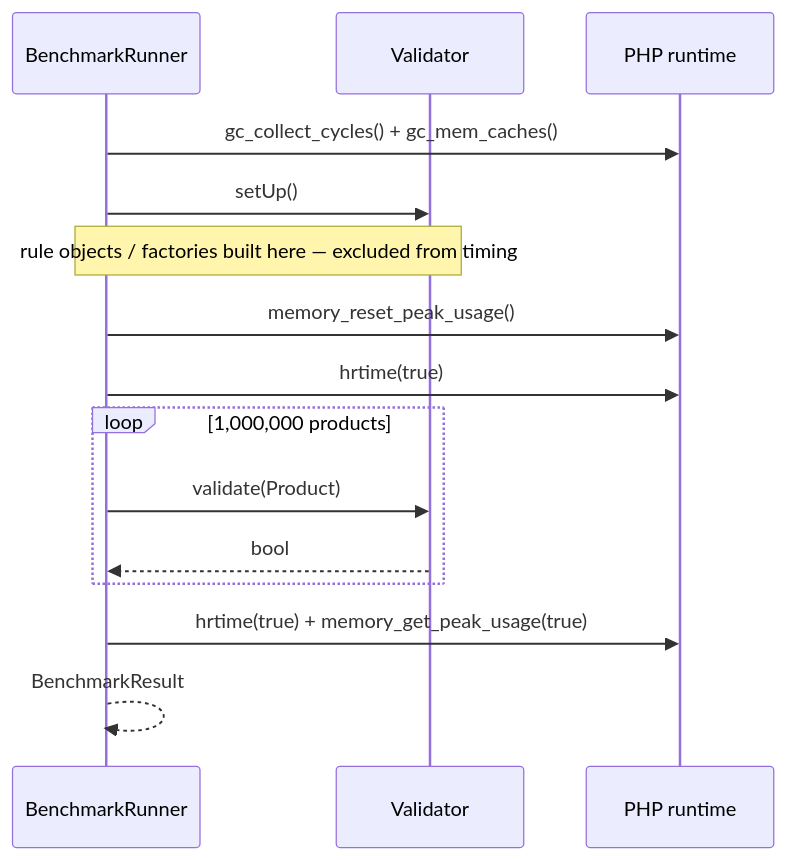
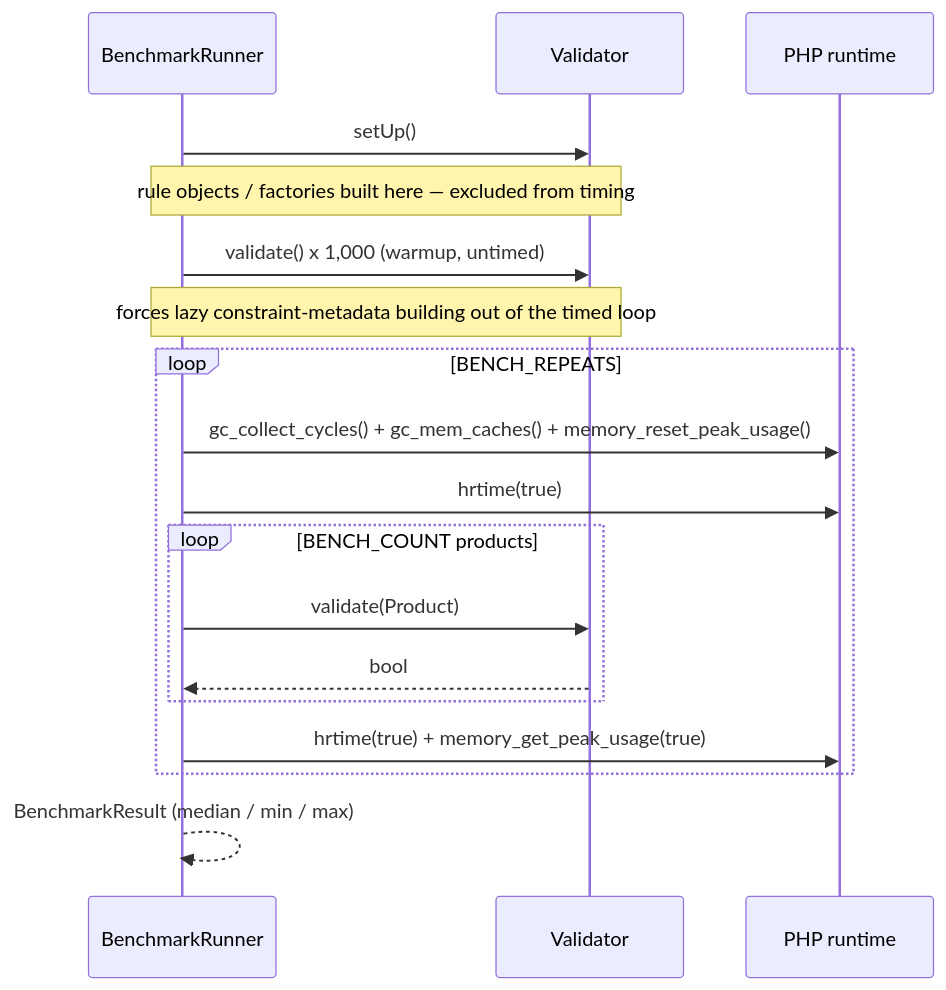
Before and after one commit to sadekd/php-validator-benchmarks: the third of 5 diagrams in README.md, drawn with Mermaid. The commit also changed other lines of this file and 25 other files, not shown here.

````diff
--- a/README.md
+++ b/README.md
@@ -45,18 +76,21 @@
 ```mermaid
 sequenceDiagram
     participant R as BenchmarkRunner
     participant V as Validator
     participant P as PHP runtime
 
-    R->>P: gc_collect_cycles() + gc_mem_caches()
     R->>V: setUp()
     Note over R,V: rule objects / factories built here — excluded from timing
-    R->>P: memory_reset_peak_usage()
-    R->>P: hrtime(true)
-    loop 1,000,000 products
-        R->>V: validate(Product)
-        V-->>R: bool
+    R->>V: validate() x 1,000 (warmup, untimed)
+    Note over R,V: forces lazy constraint-metadata building out of the timed loop
+    loop BENCH_REPEATS
+        R->>P: gc_collect_cycles() + gc_mem_caches() + memory_reset_peak_usage()
+        R->>P: hrtime(true)
+        loop BENCH_COUNT products
+            R->>V: validate(Product)
+            V-->>R: bool
+        end
+        R->>P: hrtime(true) + memory_get_peak_usage(true)
     end
-    R->>P: hrtime(true) + memory_get_peak_usage(true)
-    R-->>R: BenchmarkResult
+    R-->>R: BenchmarkResult (median / min / max)
 ```
````
